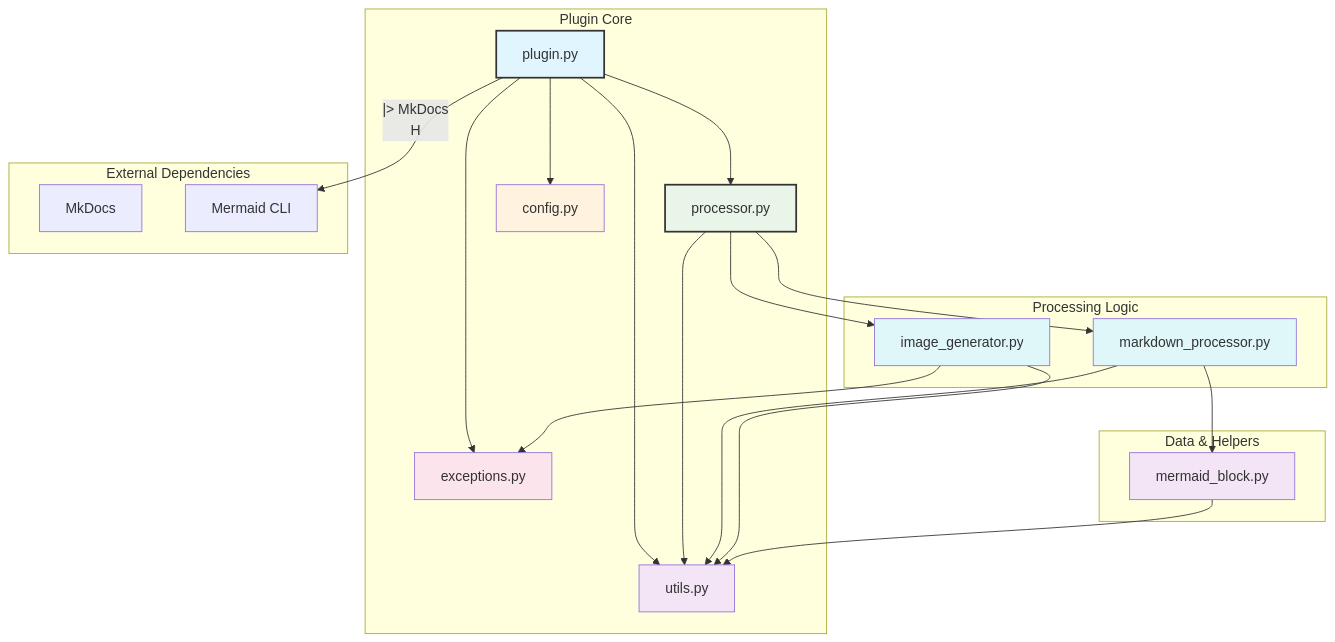
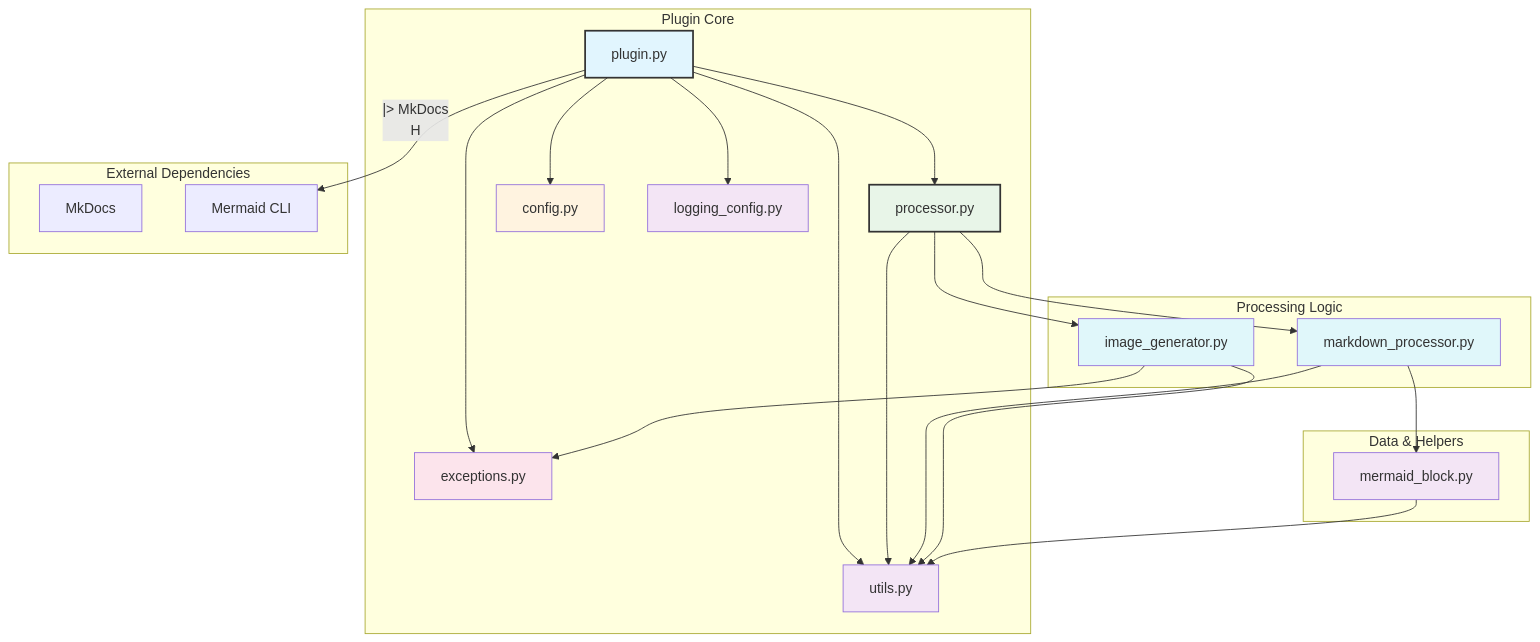
The first of 7 diagrams in docs/architecture.md (nuitsjp/mkdocs-mermaid-to-svg), drawn with Mermaid before and after one commit. The commit also changed other lines of this file, not shown here.

````diff
--- a/docs/architecture.md
+++ b/docs/architecture.md
@@ -27,40 +28,42 @@
 ```mermaid
 graph TD
     subgraph "Plugin Core"
         A[plugin.py] --> B[processor.py]
         A --> C[config.py]
         A --> D[exceptions.py]
         A --> E[utils.py]
+        A --> F[logging_config.py]
     end
 
     subgraph "Processing Logic"
         B --> G[markdown_processor.py]
         B --> H[image_generator.py]
         B --> E
     end
 
     subgraph "Data & Helpers"
         G --> I[mermaid_block.py]
         G --> E
         H --> D
         H --> E
         I --> E
     end
 
     subgraph "External Dependencies"
         MkDocs[MkDocs]
         MermaidCLI[Mermaid CLI]
     end
 
     A --|> MkDocs
     H --> MermaidCLI
 
     style A fill:#e1f5fe,stroke:#333,stroke-width:2px
     style B fill:#e8f5e8,stroke:#333,stroke-width:2px
     style G fill:#e0f7fa
     style H fill:#e0f7fa
     style I fill:#f3e5f5
     style C fill:#fff3e0
     style D fill:#fce4ec
     style E fill:#f3e5f5
+    style F fill:#f3e5f5
 ```
````
